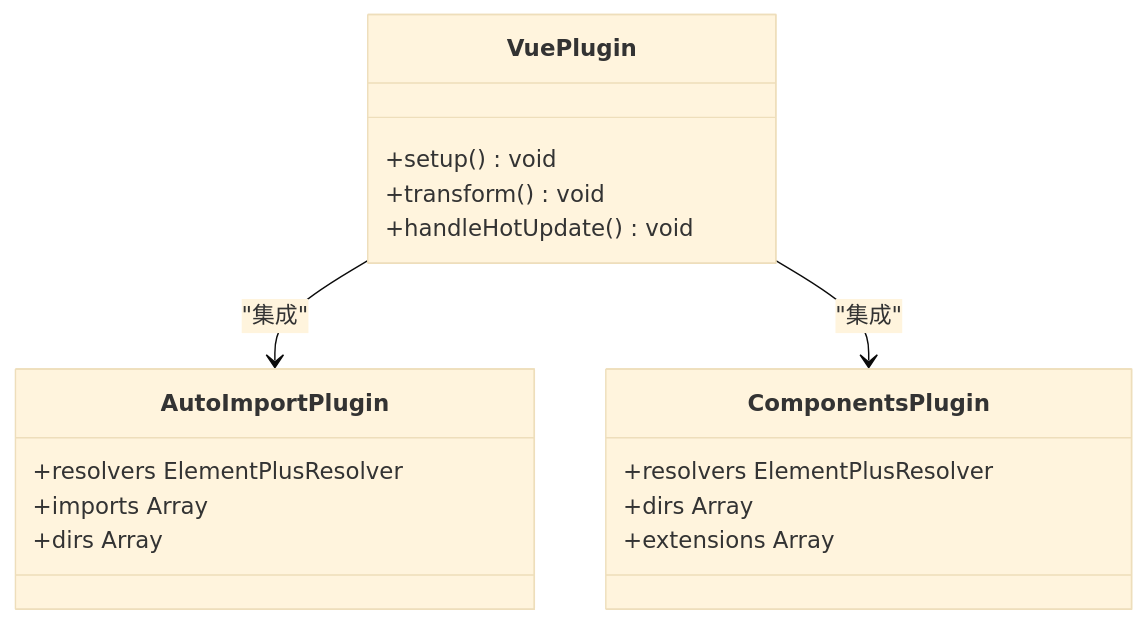
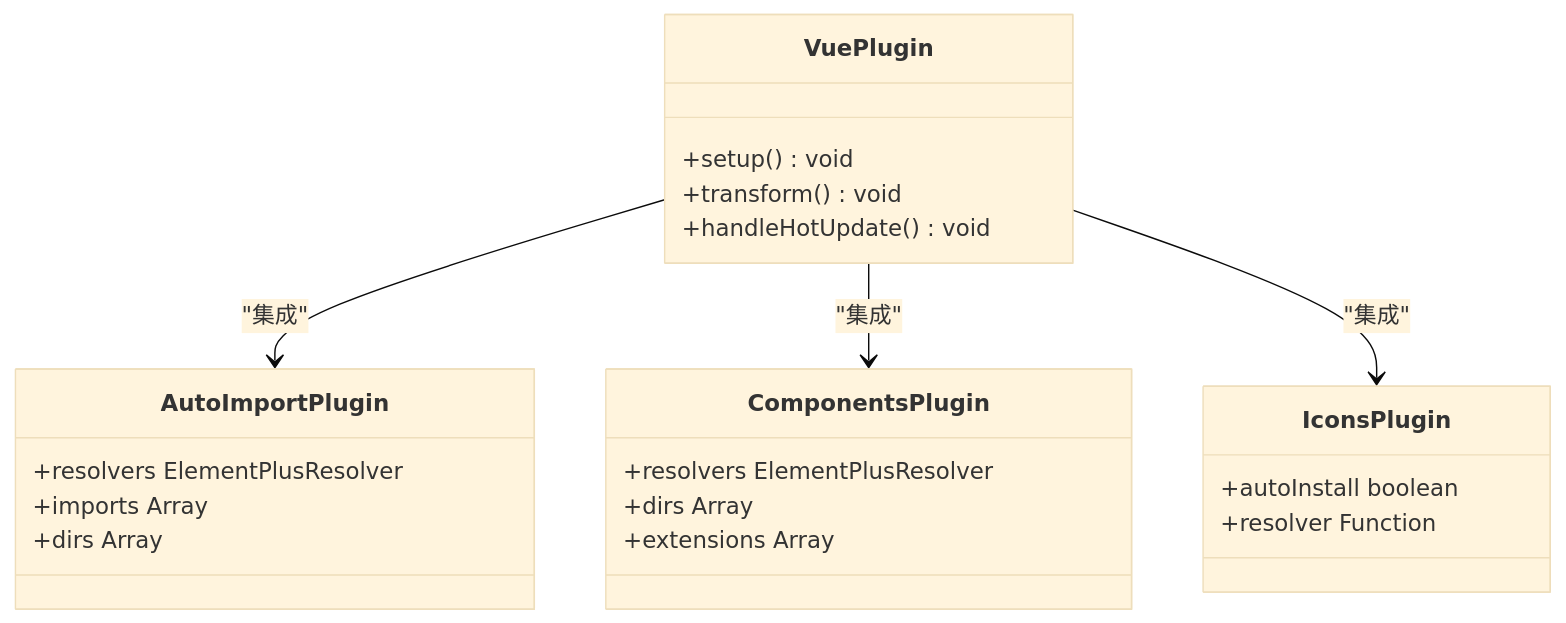
The fourth of 10 diagrams in .qoder/repowiki/zh/content/开发指南/构建系统/Vite构建配置.md (terwer/siyuan-plugin-publisher), drawn with Mermaid (base theme) before and after one commit. The commit also changed other lines of this file and 25 other files, not shown here.

````diff
--- a/.qoder/repowiki/zh/content/开发指南/构建系统/Vite构建配置.md
+++ b/.qoder/repowiki/zh/content/开发指南/构建系统/Vite构建配置.md
@@ -171,20 +200,25 @@
 ```mermaid
 classDiagram
 class VuePlugin {
 +setup() void
 +transform() void
 +handleHotUpdate() void
 }
 class AutoImportPlugin {
 +resolvers ElementPlusResolver
 +imports Array
 +dirs Array
 }
 class ComponentsPlugin {
 +resolvers ElementPlusResolver
 +dirs Array
 +extensions Array
 }
+class IconsPlugin {
++autoInstall boolean
++resolver Function
+}
 VuePlugin --> AutoImportPlugin : "集成"
 VuePlugin --> ComponentsPlugin : "集成"
+VuePlugin --> IconsPlugin : "集成"
 ```
````
